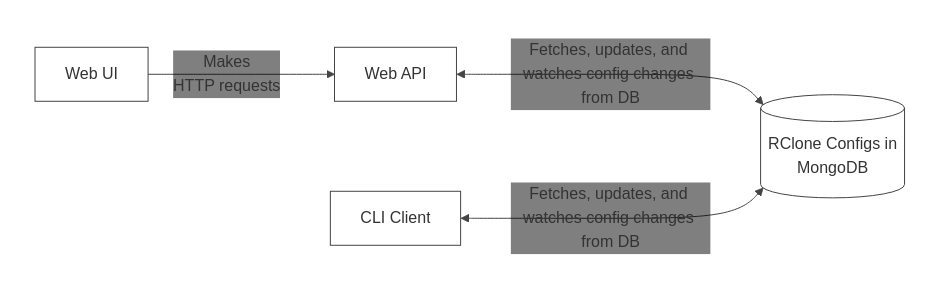
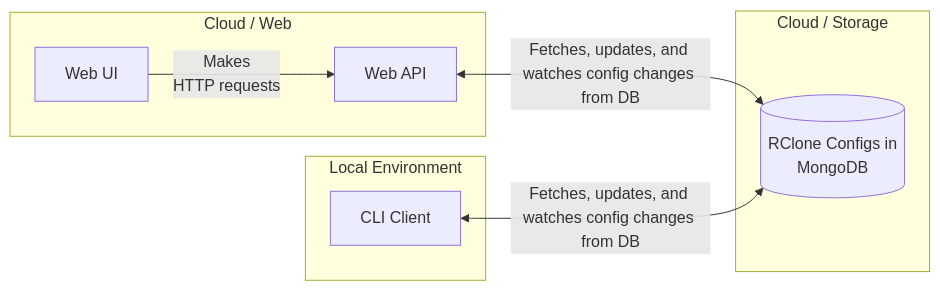
The diagram in README.md (EKarton/RClone-on-Cloud), drawn with Mermaid before and after one commit.

````diff
--- a/README.md
+++ b/README.md
@@ -21,34 +21,21 @@
 ```mermaid
-%%{init: {
-  "theme": "base",
-  "themeVariables": {
-    "background": "transparent",
-    "mainBkg": "transparent",
-    "primaryColor": "transparent",
-    "primaryBorderColor": "#444",
-    "lineColor": "#444",
-    "textColor": "#111",
-    "nodeBorder": "#444",
-    "edgeLabelBackground": "transparent"
-  }
-}}%%
 graph LR
     subgraph "Local Environment"
         CLI[CLI Client]
     end
 
     subgraph "Cloud / Storage"
         MongoDB[(RClone Configs in\nMongoDB)]
     end
 
     subgraph "Cloud / Web"
         WebUI[Web UI]
         WebAPI[Web API]
     end
 
     WebUI -->|"Makes \nHTTP requests"| WebAPI
 
     WebAPI <-->|"Fetches, updates, and watches config changes from DB"| MongoDB
 
     CLI <-->|"Fetches, updates, and watches config changes from DB"| MongoDB
 ```
````
